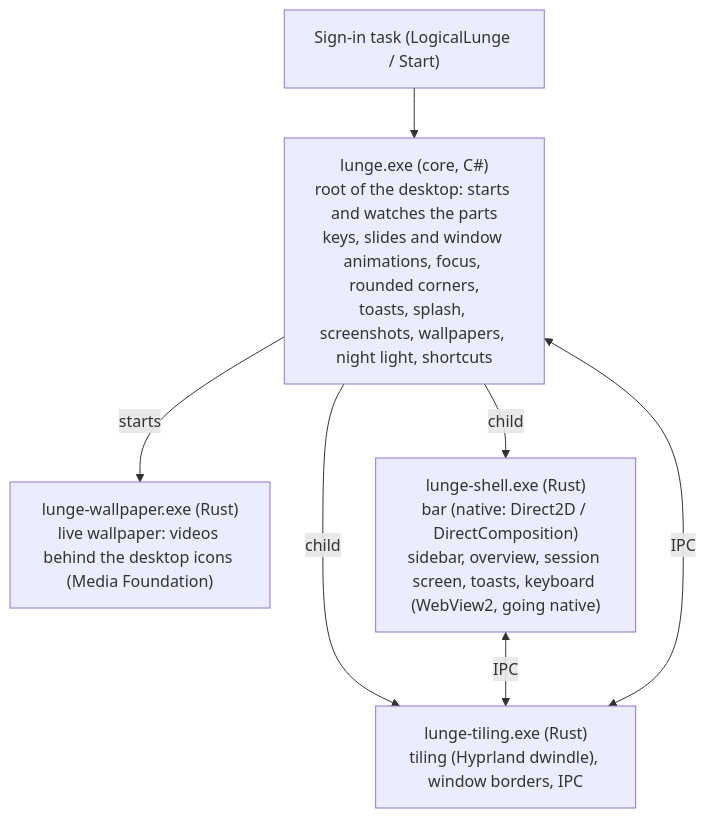
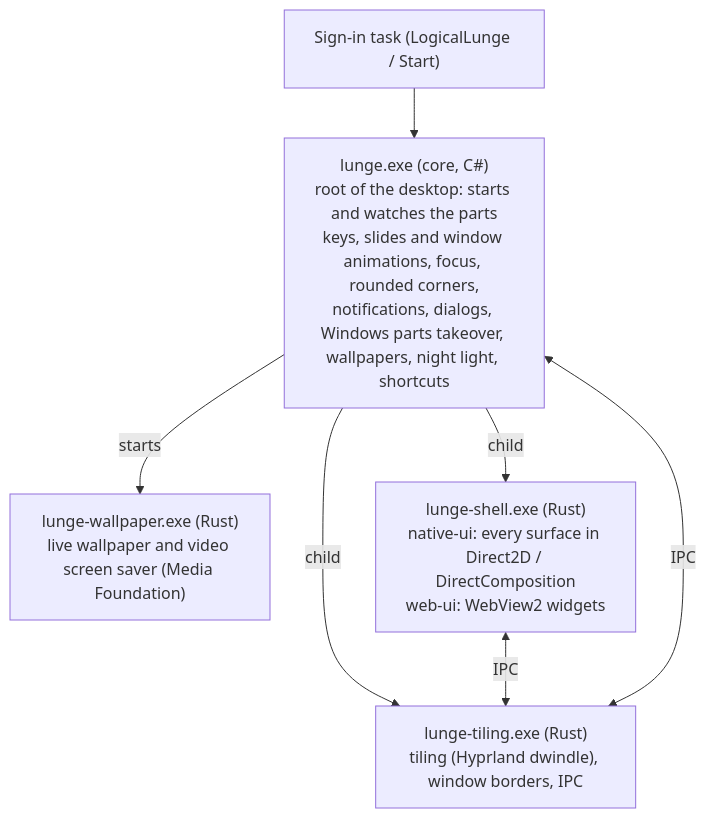
Before and after one commit to KaanAlper/logical-lunge: the diagram in README.md, drawn with Mermaid. The commit also changed other lines of this file and 1 other file, not shown here.

````diff
--- a/README.md
+++ b/README.md
@@ -168,10 +183,10 @@
 ```mermaid
 flowchart TD
   task["Sign-in task (LogicalLunge / Start)"] --> core
-  core["lunge.exe (core, C#)<br/>root of the desktop: starts and watches the parts<br/>keys, slides and window animations, focus, rounded corners,<br/>toasts, splash, screenshots, wallpapers, night light, shortcuts"]
+  core["lunge.exe (core, C#)<br/>root of the desktop: starts and watches the parts<br/>keys, slides and window animations, focus, rounded corners,<br/>notifications, dialogs, Windows parts takeover, wallpapers, night light, shortcuts"]
   core -- child --> tiling["lunge-tiling.exe (Rust)<br/>tiling (Hyprland dwindle), window borders, IPC"]
-  core -- starts --> live["lunge-wallpaper.exe (Rust)<br/>live wallpaper: videos behind the desktop icons (Media Foundation)"]
-  core -- child --> shell["lunge-shell.exe (Rust)<br/>bar (native: Direct2D / DirectComposition)<br/>sidebar, overview, session screen, toasts, keyboard (WebView2, going native)"]
+  core -- starts --> live["lunge-wallpaper.exe (Rust)<br/>live wallpaper and video screen saver (Media Foundation)"]
+  core -- child --> shell["lunge-shell.exe (Rust)<br/>native-ui: every surface in Direct2D / DirectComposition<br/>web-ui: WebView2 widgets"]
   shell <-- IPC --> tiling
   core <-- IPC --> tiling
 ```
````
